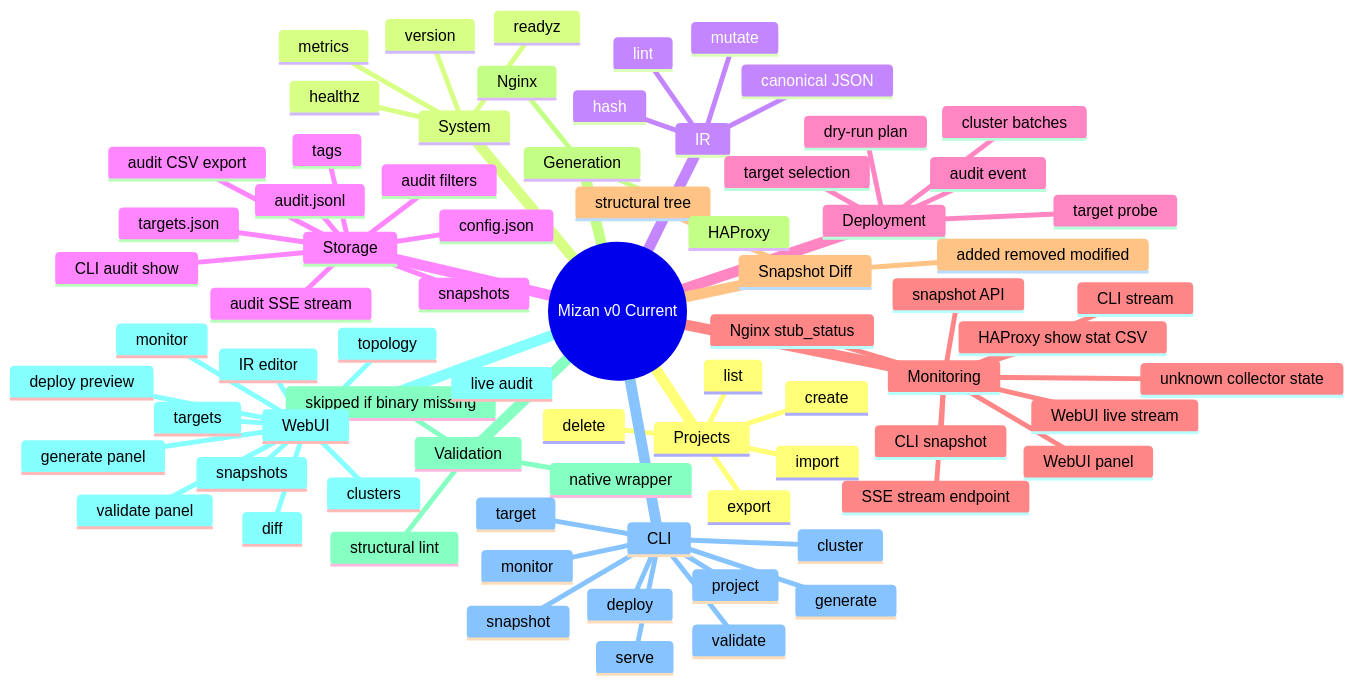
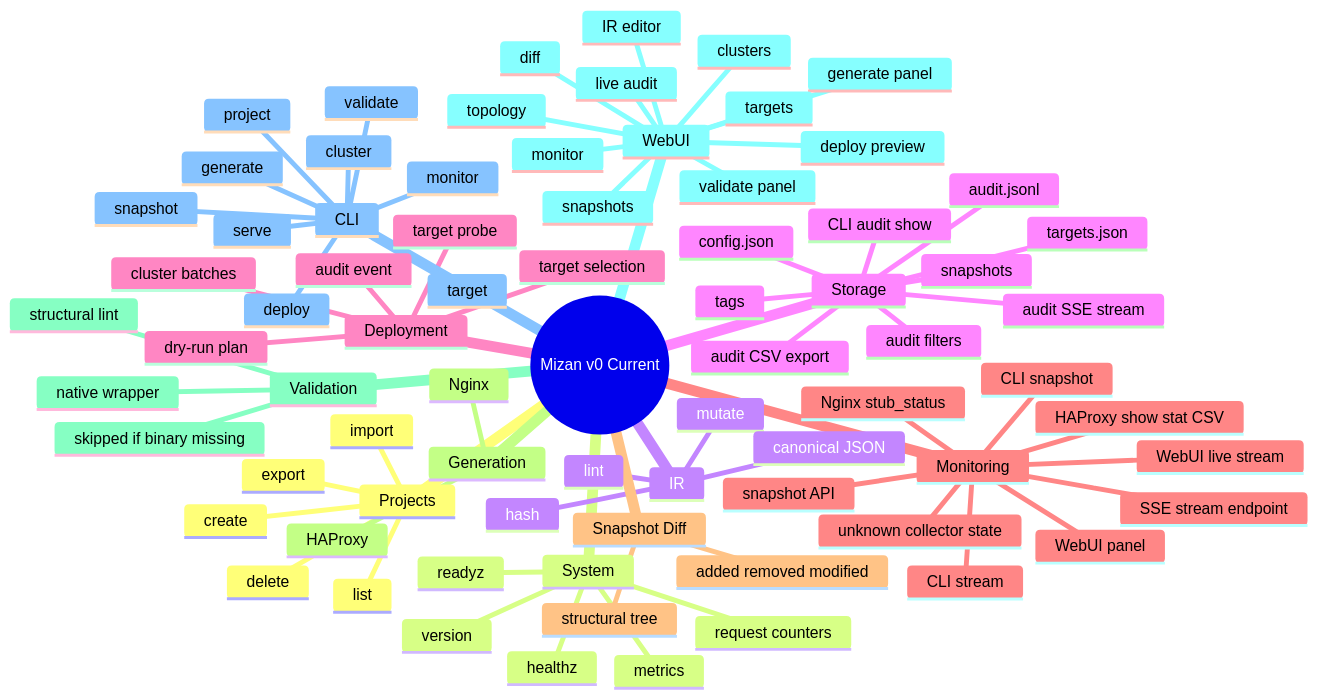
One commit to ersinkoc/Mizan changed diagram 18 of 19 in ARCHITECTURE.md. Above: the diagram before and after it, drawn with Mermaid. The commit also changed other lines of this file and 7 other files, not shown here.

````diff
--- a/ARCHITECTURE.md
+++ b/ARCHITECTURE.md
@@ -572,78 +572,79 @@
 ```mermaid
 mindmap
   root((Mizan v0 Current))
     Projects
       create
       list
       delete
       import
       export
     System
       healthz
       readyz
       version
       metrics
+      request counters
     IR
       lint
       mutate
       hash
       canonical JSON
     Storage
       config.json
       snapshots
       tags
       audit.jsonl
       audit SSE stream
       audit filters
       audit CSV export
       CLI audit show
       targets.json
     Deployment
       dry-run plan
       target probe
       target selection
       cluster batches
       audit event
     Monitoring
       snapshot API
       CLI snapshot
       CLI stream
       WebUI panel
       WebUI live stream
       SSE stream endpoint
       HAProxy show stat CSV
       Nginx stub_status
       unknown collector state
     Snapshot Diff
       structural tree
       added removed modified
     Generation
       HAProxy
       Nginx
     Validation
       structural lint
       native wrapper
       skipped if binary missing
     WebUI
       IR editor
       generate panel
       validate panel
       topology
       snapshots
       diff
       targets
       clusters
       deploy preview
       monitor
       live audit
     CLI
       serve
       project
       snapshot
       target
       cluster
       generate
       validate
       deploy
       monitor
 ```
````
